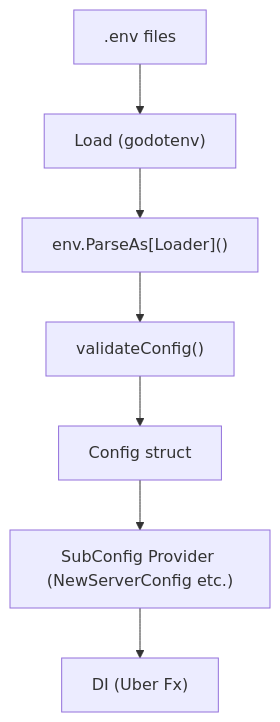
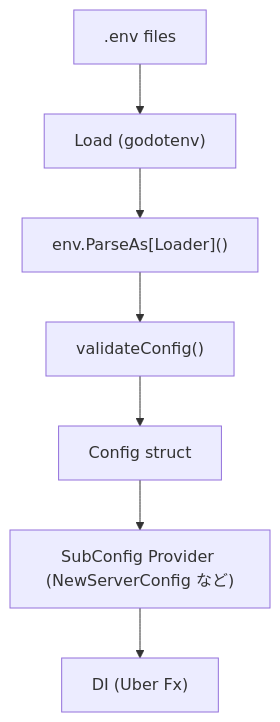
The diagram in internal/config/README.md (Tomy-ch/go-boilerplate), drawn with Mermaid before and after one commit. The commit also changed other lines of this file and 970 other files, not shown here.

````diff
--- a/internal/config/README.md
+++ b/internal/config/README.md
@@ -23,12 +23,12 @@
 ```mermaid
 flowchart TB
     Env[".env files"]
     Load["Load (godotenv)"]
     Parse["env.ParseAs[Loader]()"]
     Validate["validateConfig()"]
     Config["Config struct"]
-    Sub["SubConfig Provider (NewServerConfig etc.)"]
+    Sub["SubConfig Provider (NewServerConfig など)"]
     DI["DI (Uber Fx)"]
 
     Env --> Load --> Parse --> Validate --> Config --> Sub --> DI
 ```
````
